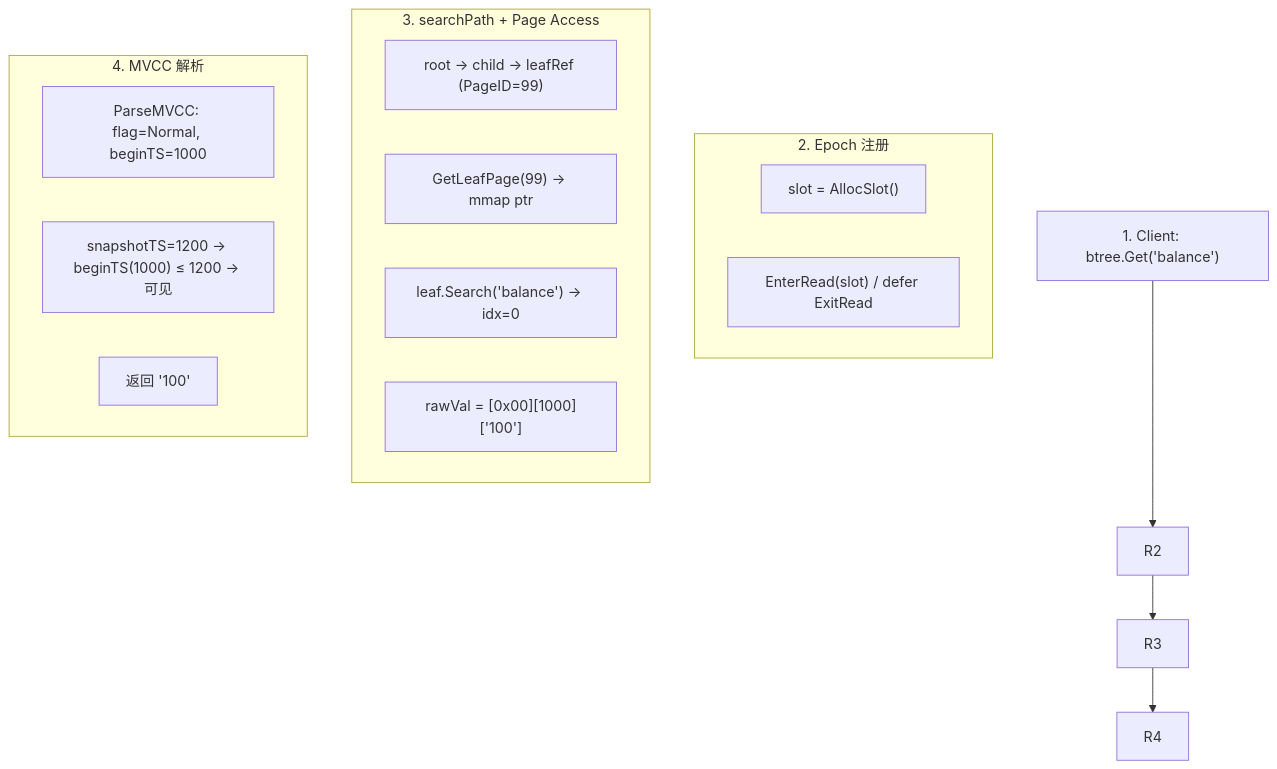
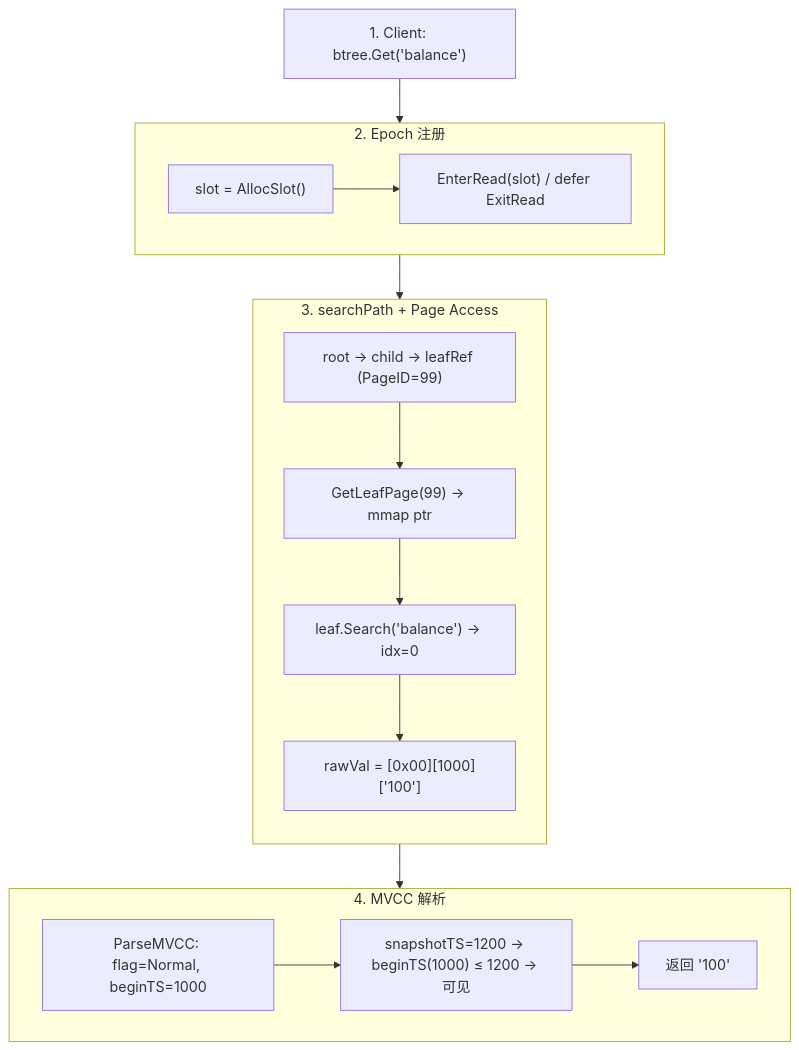
One commit to jzhang405/NexKV changed diagram 38 of 39 in docs/07_spike/btree-refactor/2026-05-23-persistence-architecture-comprehensive-guide.md. Above: the diagram before and after it, drawn with Mermaid. The commit also changed other lines of this file, not shown here.

````diff
--- a/docs/07_spike/btree-refactor/2026-05-23-persistence-architecture-comprehensive-guide.md
+++ b/docs/07_spike/btree-refactor/2026-05-23-persistence-architecture-comprehensive-guide.md
@@ -1171,21 +1191,28 @@
 ```mermaid
 flowchart TB
-    R1["1. Client: btree.Get('balance')"] --> R2
-    subgraph R2Box["2. Epoch 注册"]
+    R1["1. Client: btree.Get('balance')"]
+    
+    subgraph R2["2. Epoch 注册"]
         R2A["slot = AllocSlot()"]
         R2B["EnterRead(slot) / defer ExitRead"]
+        R2A --> R2B
     end
-    R2 --> R3
-    subgraph R3Box["3. searchPath + Page Access"]
+    
+    subgraph R3["3. searchPath + Page Access"]
+        direction TB
         R3A["root → child → leafRef (PageID=99)"]
         R3B["GetLeafPage(99) → mmap ptr"]
         R3C["leaf.Search('balance') → idx=0"]
         R3D["rawVal = [0x00][1000]['100']"]
+        R3A --> R3B --> R3C --> R3D
     end
-    R3 --> R4
-    subgraph R4Box["4. MVCC 解析"]
+    
+    subgraph R4["4. MVCC 解析"]
         R4A["ParseMVCC: flag=Normal, beginTS=1000"]
         R4B["snapshotTS=1200 → beginTS(1000) ≤ 1200 → 可见"]
         R4C["返回 '100'"]
+        R4A --> R4B --> R4C
     end
+    
+    R1 --> R2 --> R3 --> R4
 ```
````
